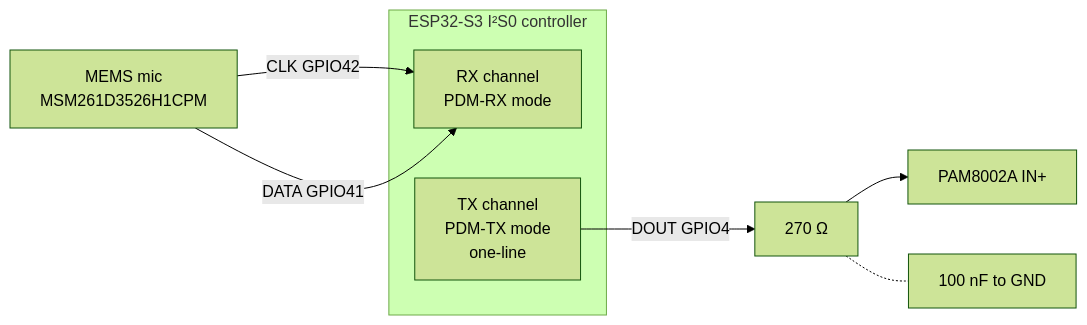
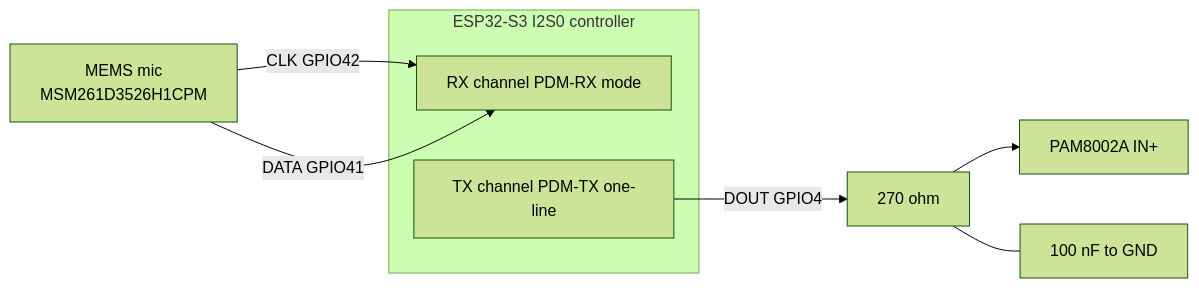
Before and after one commit to PascalAI2024/JarvisNano: the second of 6 diagrams in docs/ARCHITECTURE.md, drawn with Mermaid (forest theme). The commit also changed other lines of this file and 2 other files, not shown here.

Commit message:
fix: sanitize all mermaid blocks for GitHub renderer (strip emojis, sup-2, em-dash, padded titles)

````diff
--- a/docs/ARCHITECTURE.md
+++ b/docs/ARCHITECTURE.md
@@ -88,17 +90,18 @@
 ```mermaid
 flowchart LR
-    subgraph S3[ESP32-S3 I²S0 controller]
-        RX[RX channel<br/>PDM-RX mode]
-        TX[TX channel<br/>PDM-TX mode<br/>one-line]
+    subgraph S3[ESP32-S3 I2S0 controller]
+        RX[RX channel PDM-RX mode]
+        TX[TX channel PDM-TX one-line]
     end
 
     M[MEMS mic<br/>MSM261D3526H1CPM]
-    R[270 Ω]
+    R[270 ohm]
     C[100 nF to GND]
     A[PAM8002A IN+]
 
-    M -- CLK GPIO42 --> RX
-    M -- DATA GPIO41 --> RX
-    TX -- DOUT GPIO4 --> R --> A
-    R -.- C
+    M -->|CLK GPIO42| RX
+    M -->|DATA GPIO41| RX
+    TX -->|DOUT GPIO4| R
+    R --> A
+    R --- C
 ```
````
